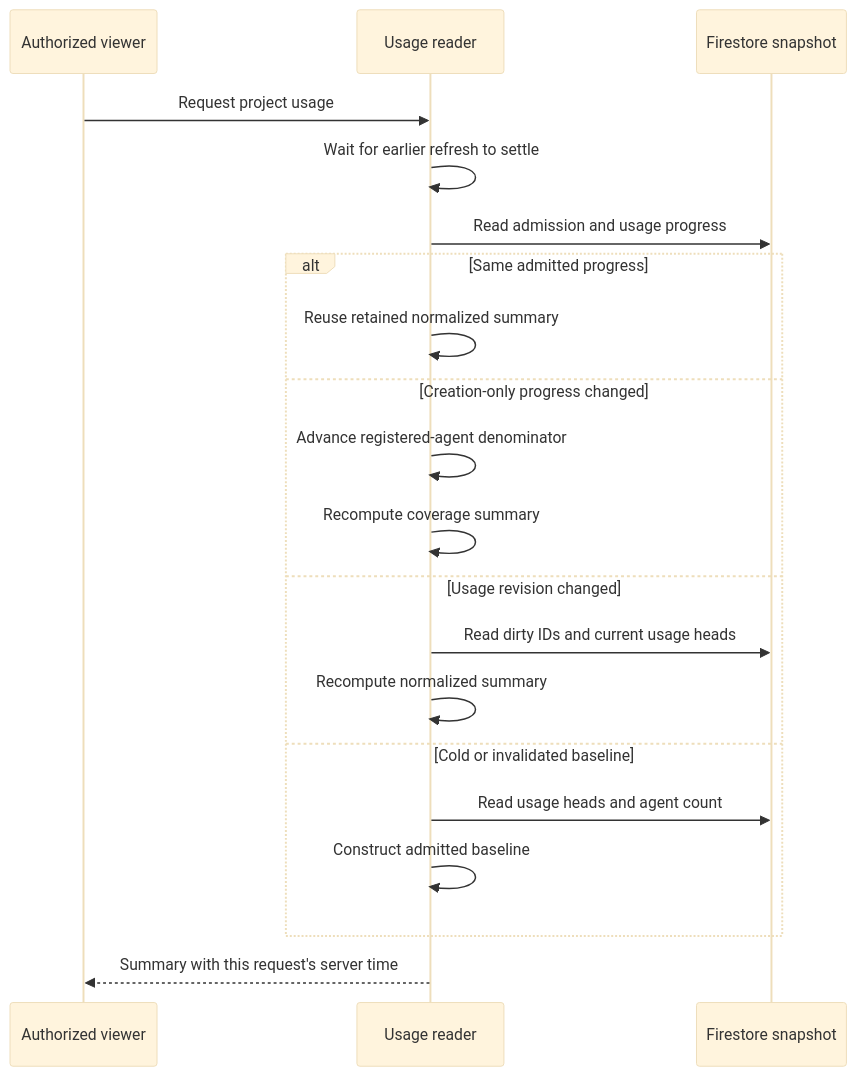
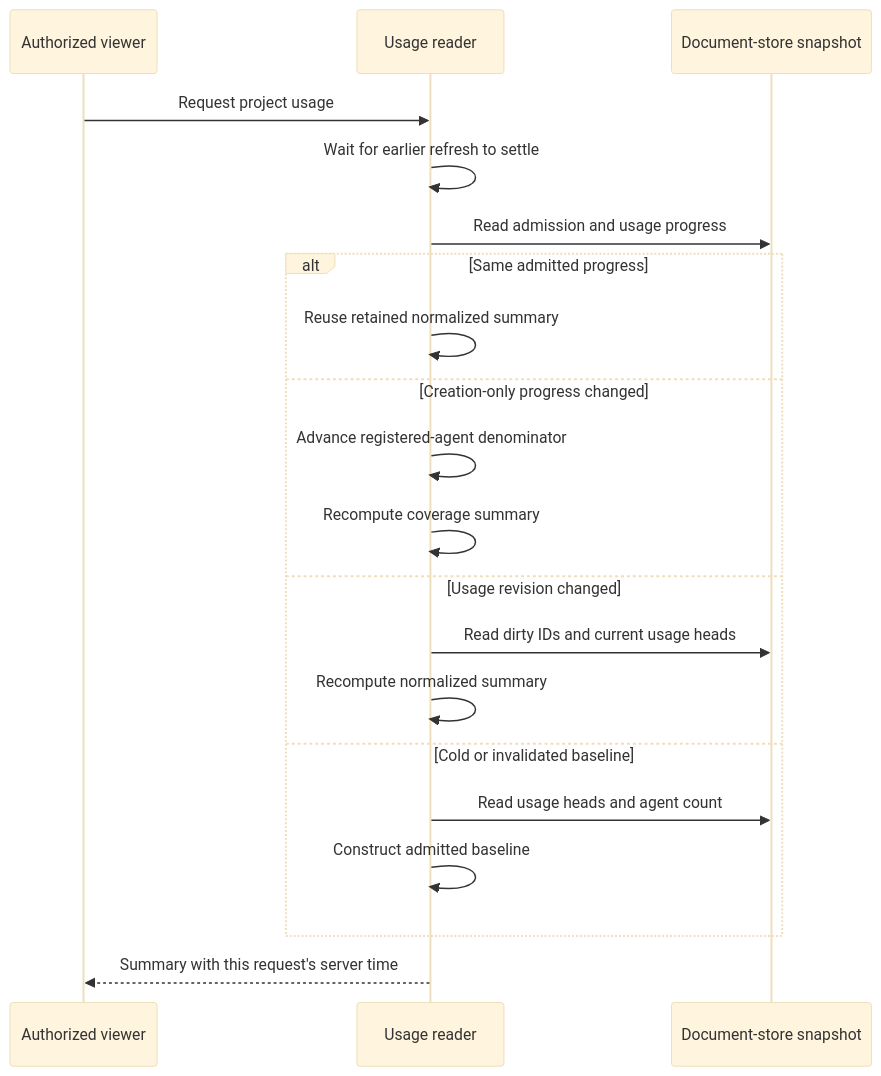
The sixth of 6 diagrams in docs/architecture/mcp-and-backend.md (latent-spaces/minions), drawn with Mermaid (base theme) before and after one commit. The commit also changed other lines of this file, not shown here.

Commit message:
docs(architecture): finish local storage terminology

````diff
--- a/docs/architecture/mcp-and-backend.md
+++ b/docs/architecture/mcp-and-backend.md
@@ -676,22 +676,22 @@
 ```mermaid
 sequenceDiagram
   participant V as Authorized viewer
   participant U as Usage reader
-  participant F as Firestore snapshot
+  participant F as Document-store snapshot
   V->>U: Request project usage
   U->>U: Wait for earlier refresh to settle
   U->>F: Read admission and usage progress
   alt Same admitted progress
     U->>U: Reuse retained normalized summary
   else Creation-only progress changed
     U->>U: Advance registered-agent denominator
     U->>U: Recompute coverage summary
   else Usage revision changed
     U->>F: Read dirty IDs and current usage heads
     U->>U: Recompute normalized summary
   else Cold or invalidated baseline
     U->>F: Read usage heads and agent count
     U->>U: Construct admitted baseline
   end
   U-->>V: Summary with this request's server time
 ```
````
